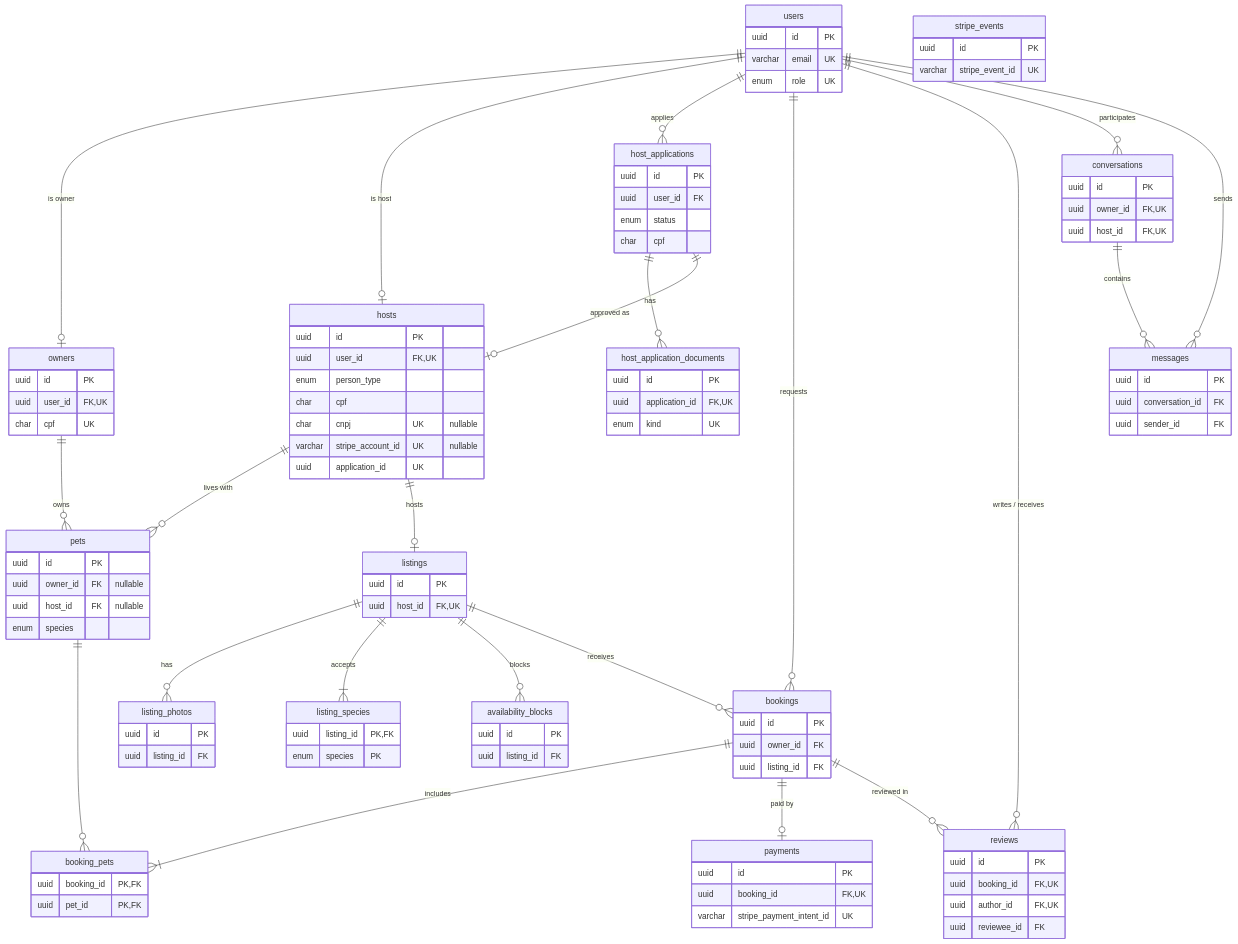
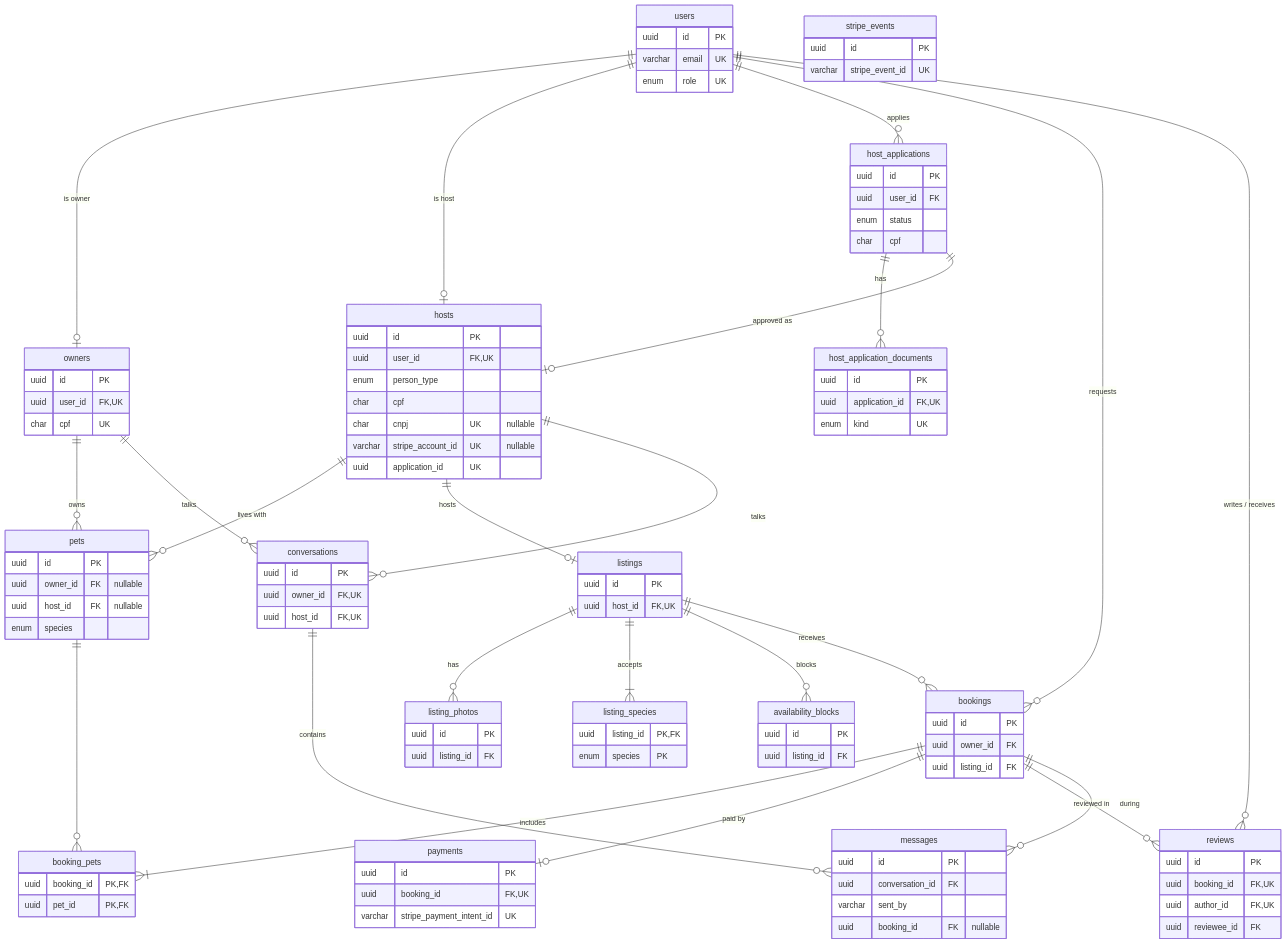
One commit to Olival42/pethost_backend changed the diagram in docs/escopo-mvp.md. Above: the diagram before and after it, drawn with Mermaid. The commit also changed other lines of this file and 157 other files, not shown here.

```diff
--- a/docs/escopo-mvp.md
+++ b/docs/escopo-mvp.md
@@ -220,9 +220,10 @@
     bookings ||--o| payments : "paid by"
     bookings ||--o{ reviews : "reviewed in"
     users ||--o{ reviews : "writes / receives"
-    users ||--o{ conversations : "participates"
+    owners ||--o{ conversations : "talks"
+    hosts ||--o{ conversations : "talks"
     conversations ||--o{ messages : "contains"
-    users ||--o{ messages : "sends"
+    bookings ||--o{ messages : "during"
     users {
         uuid id PK
         varchar email UK
@@ -301,7 +302,8 @@
     messages {
         uuid id PK
         uuid conversation_id FK
-        uuid sender_id FK
+        varchar sent_by
+        uuid booking_id FK "nullable"
     }
     reviews {
         uuid id PK
```
